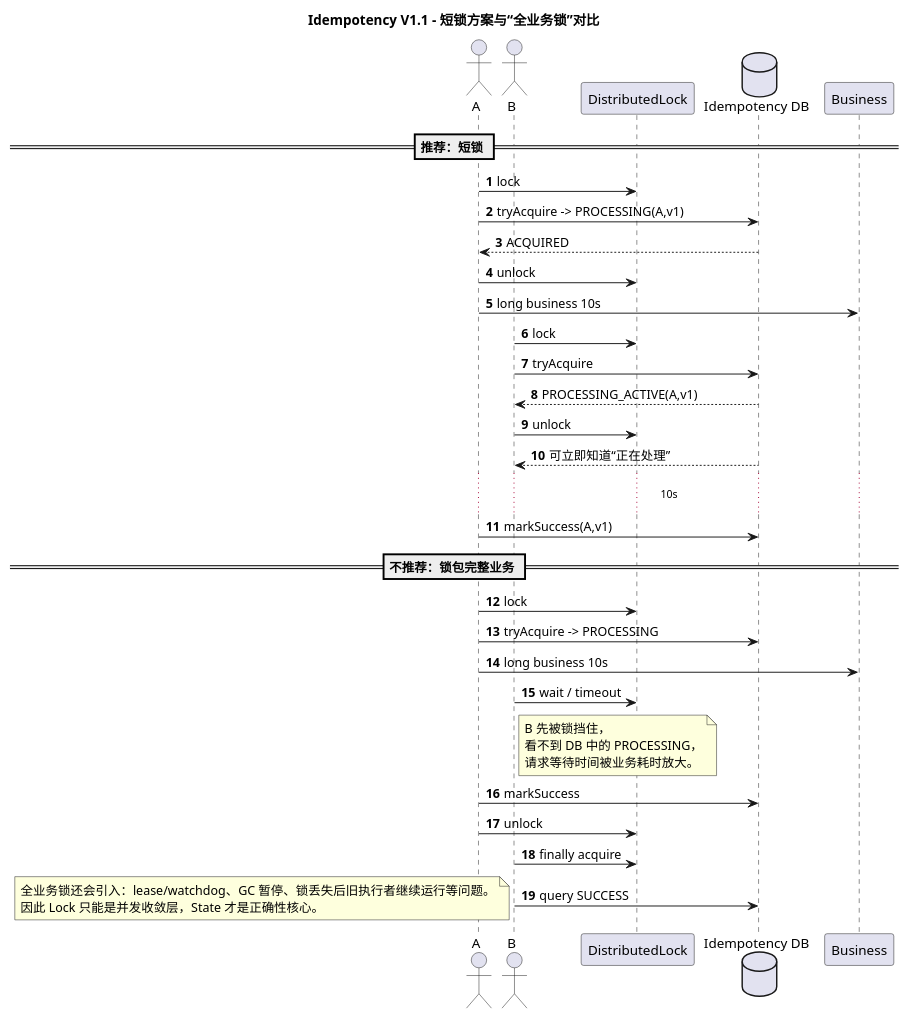
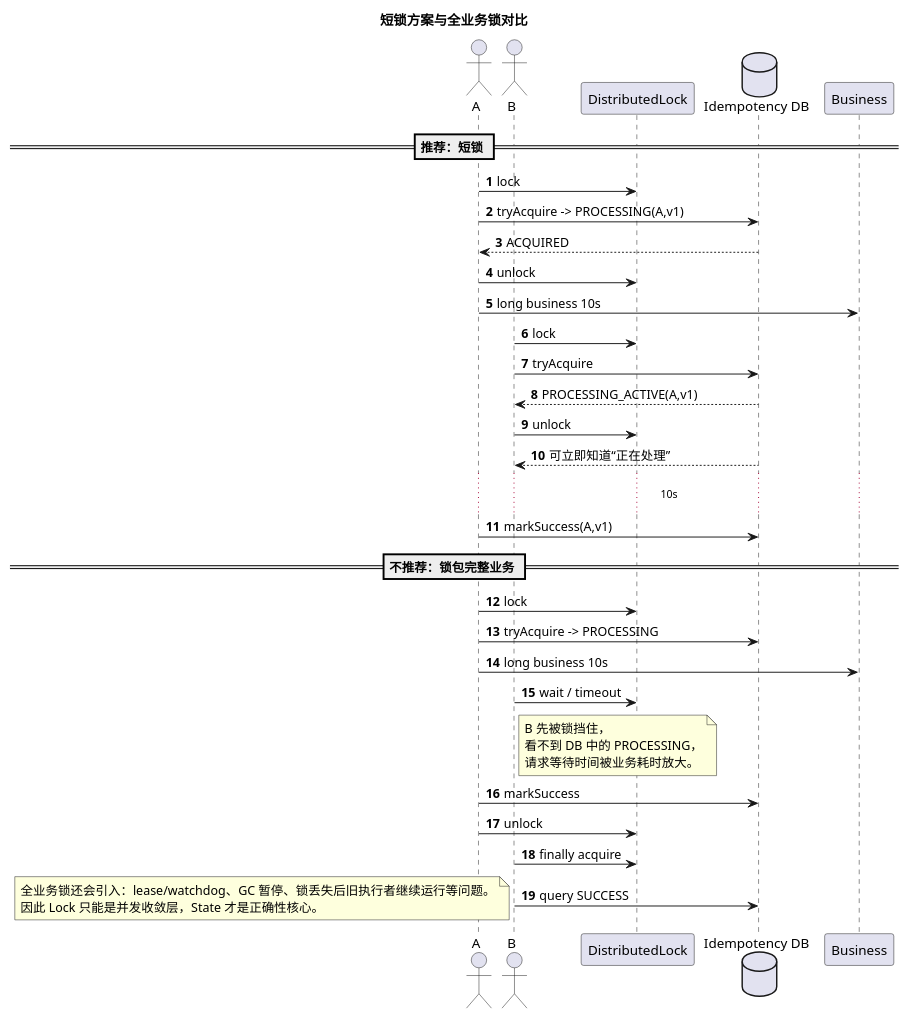
Before and after one commit to pbxjtumse/cola-web-standard: the diagram in component/idempotent-component/docs/diagrams/sequence/L2-short-lock-vs-full-lock.puml, drawn with PlantUML. The commit also changed 47 other files, not shown here.

```diff
--- a/component/idempotent-component/docs/diagrams/sequence/L2-short-lock-vs-full-lock.puml
+++ b/component/idempotent-component/docs/diagrams/sequence/L2-short-lock-vs-full-lock.puml
@@ -1,49 +1,49 @@
 @startuml
-title Idempotency V1.1 - 短锁方案与“全业务锁”对比
+title 短锁方案与全业务锁对比
 
 autonumber
 skinparam shadowing false
 
 actor A
 actor B
 participant "DistributedLock" as LOCK
 database "Idempotency DB" as DB
 participant "Business" as BIZ
 
 == 推荐：短锁 ==
 A -> LOCK : lock
 A -> DB : tryAcquire -> PROCESSING(A,v1)
 DB --> A : ACQUIRED
 A -> LOCK : unlock
 A -> BIZ : long business 10s
 
 B -> LOCK : lock
 B -> DB : tryAcquire
 DB --> B : PROCESSING_ACTIVE(A,v1)
 B -> LOCK : unlock
 B <-- DB : 可立即知道“正在处理”
 
 ...10s...
 A -> DB : markSuccess(A,v1)
 
 == 不推荐：锁包完整业务 ==
 A -> LOCK : lock
 A -> DB : tryAcquire -> PROCESSING
 A -> BIZ : long business 10s
 B -> LOCK : wait / timeout
 note right of B
 B 先被锁挡住，
 看不到 DB 中的 PROCESSING，
 请求等待时间被业务耗时放大。
 end note
 A -> DB : markSuccess
 A -> LOCK : unlock
 B -> LOCK : finally acquire
 B -> DB : query SUCCESS
 
 note bottom
 全业务锁还会引入：lease/watchdog、GC 暂停、锁丢失后旧执行者继续运行等问题。
 因此 Lock 只能是并发收敛层，State 才是正确性核心。
 end note
 
 @enduml
```
